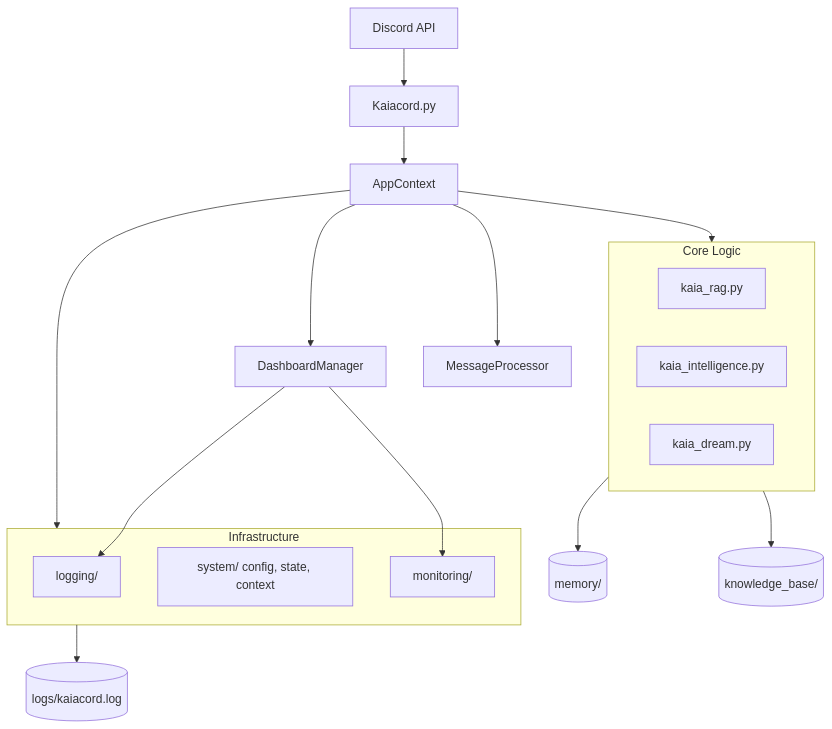
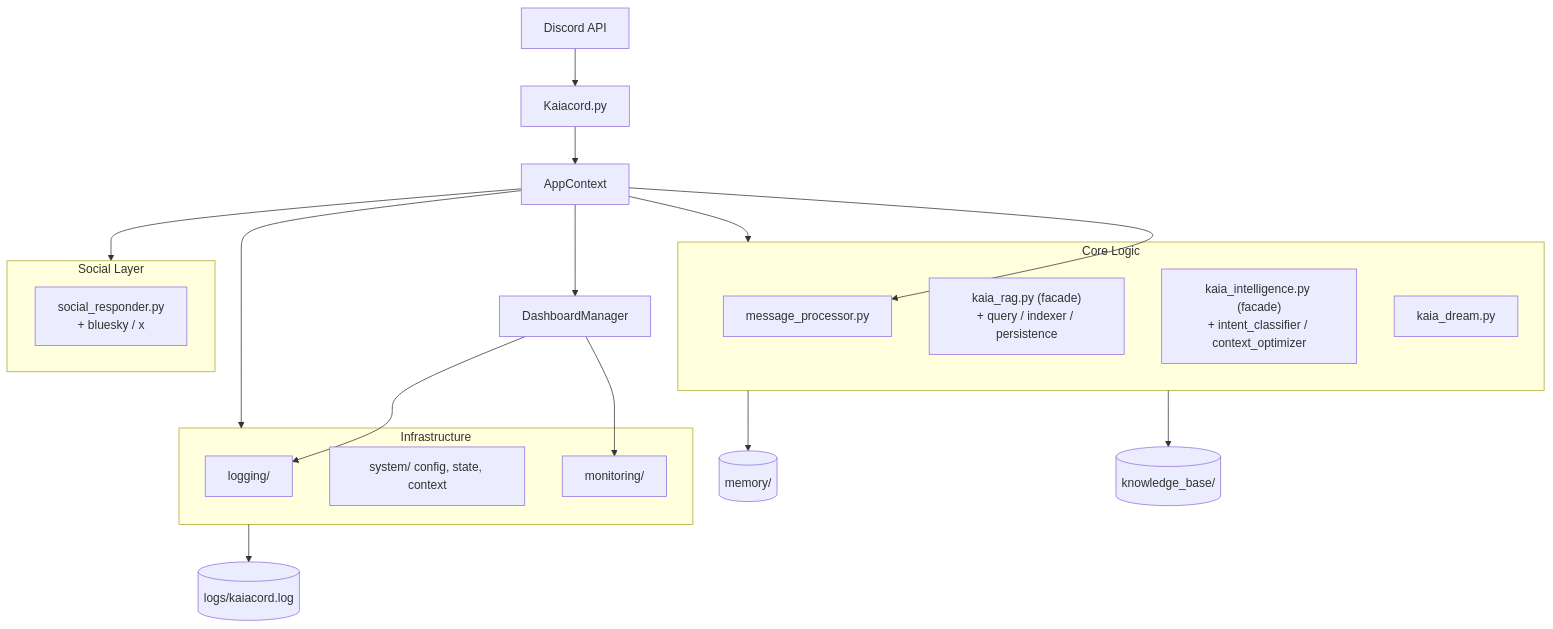
The first of 2 diagrams in docs/03-architecture/overview.md (Ekco-S64QTN6/Kaiacord), drawn with Mermaid before and after one commit. The commit also changed other lines of this file and 12 other files, not shown here.

````diff
--- a/docs/03-architecture/overview.md
+++ b/docs/03-architecture/overview.md
@@ -9,28 +9,34 @@
 ```mermaid
 graph TB
     Discord[Discord API] --> Kaiacord[Kaiacord.py]
     Kaiacord --> Ctx[AppContext]
     Ctx --> DM[DashboardManager]
     Ctx --> MP[MessageProcessor]
     
     subgraph CL ["Core Logic"]
-        RAG[kaia_rag.py]
-        Intel[kaia_intelligence.py]
+        RAG["kaia_rag.py (facade)\n+ query / indexer / persistence"]
+        Intel["kaia_intelligence.py (facade)\n+ intent_classifier / context_optimizer"]
         Dream[kaia_dream.py]
+        MP[message_processor.py]
+    end
+
+    subgraph SOC ["Social Layer"]
+        Social["social_responder.py\n+ bluesky / x"]
     end
     
     subgraph INF ["Infrastructure"]
         Logging["logging/"]
         System["system/ config, state, context"]
         Monitoring["monitoring/"]
     end
     
     Ctx --> CL
     Ctx --> INF
+    Ctx --> SOC
     DM --> Logging
     DM --> Monitoring
     
     INF --> Logs[(logs/kaiacord.log)]
     CL --> Memory[(memory/)]
     CL --> KB[(knowledge_base/)]
 ```
````
